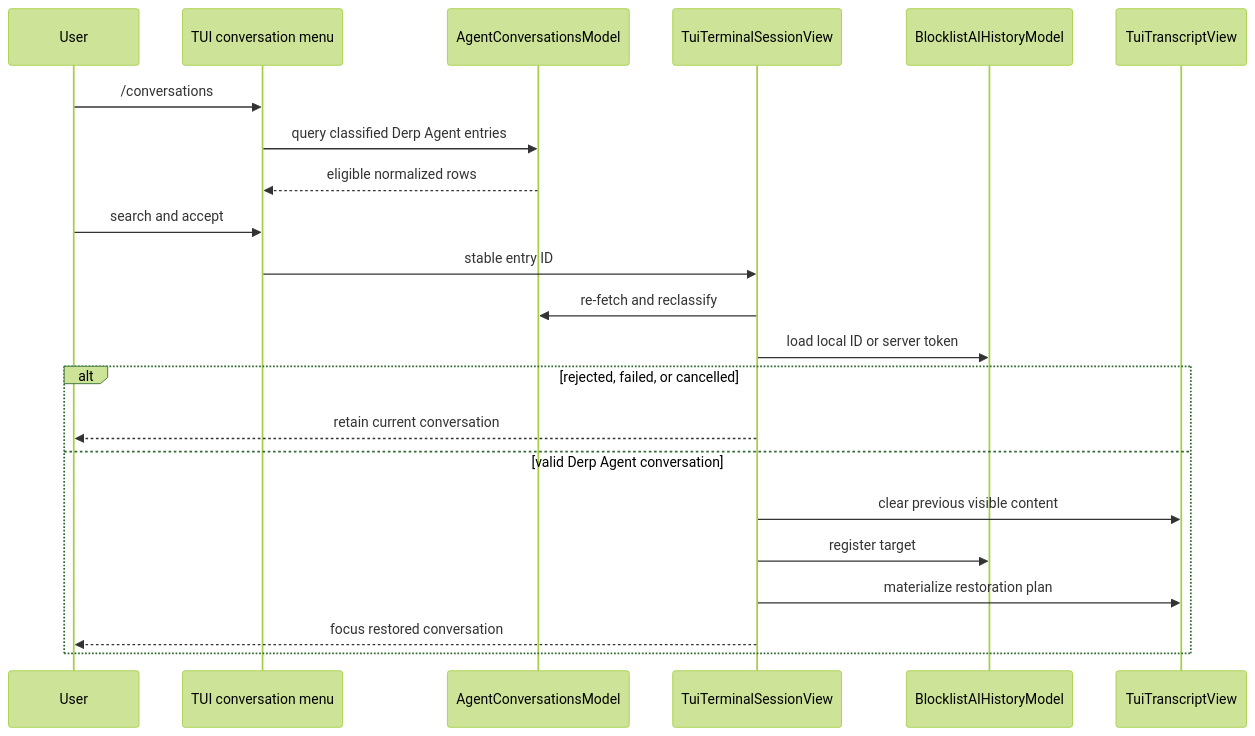
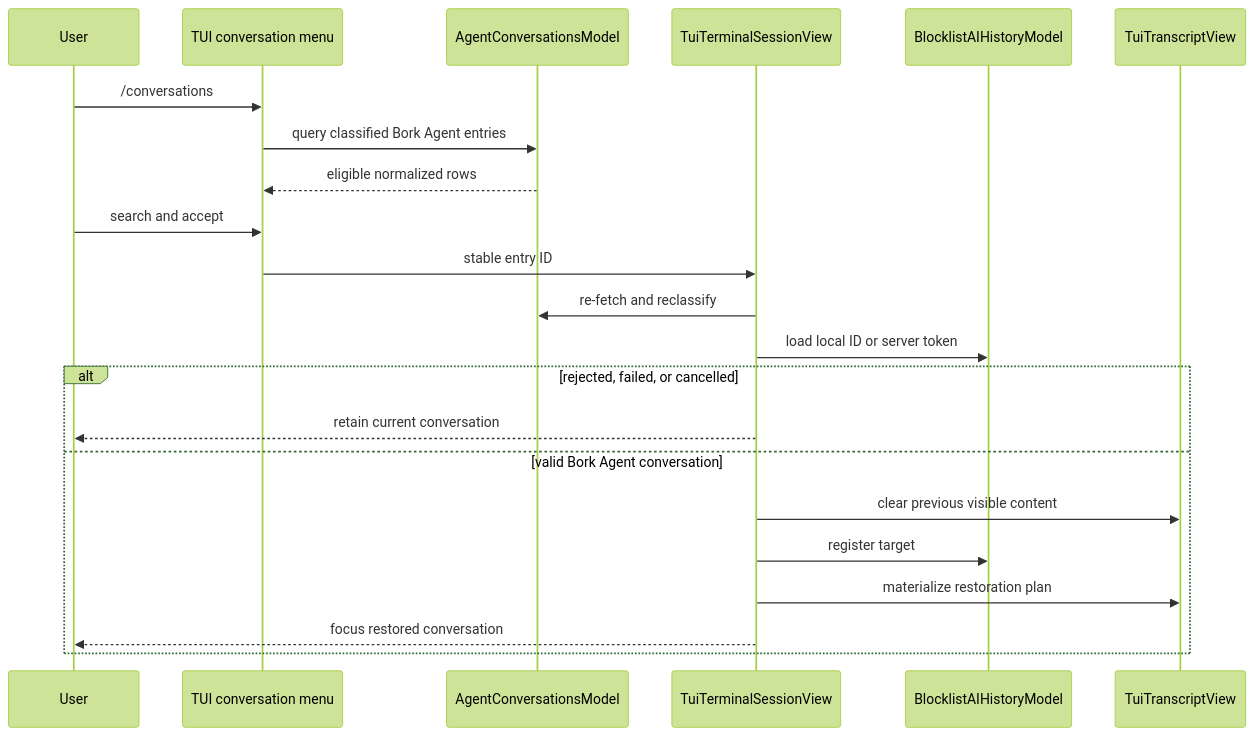
The diagram in specs/CODE-1821/TECH.md (antikrust/krust-terminal), drawn with Mermaid (forest theme) before and after one commit. The commit also changed other lines of this file and 4477 other files, not shown here.

First line of the commit message:
Rebrand Derp -> Bork

````diff
--- a/specs/CODE-1821/TECH.md
+++ b/specs/CODE-1821/TECH.md
@@ -136,25 +136,25 @@
 ```mermaid
 sequenceDiagram
   participant User
   participant Menu as TUI conversation menu
   participant Model as AgentConversationsModel
   participant Session as TuiTerminalSessionView
   participant History as BlocklistAIHistoryModel
   participant Transcript as TuiTranscriptView
 
   User->>Menu: /conversations
-  Menu->>Model: query classified Derp Agent entries
+  Menu->>Model: query classified Bork Agent entries
   Model-->>Menu: eligible normalized rows
   User->>Menu: search and accept
   Menu->>Session: stable entry ID
   Session->>Model: re-fetch and reclassify
   Session->>History: load local ID or server token
   alt rejected, failed, or cancelled
     Session-->>User: retain current conversation
-  else valid Derp Agent conversation
+  else valid Bork Agent conversation
     Session->>Transcript: clear previous visible content
     Session->>History: register target
     Session->>Transcript: materialize restoration plan
     Session-->>User: focus restored conversation
   end
 ```
````
